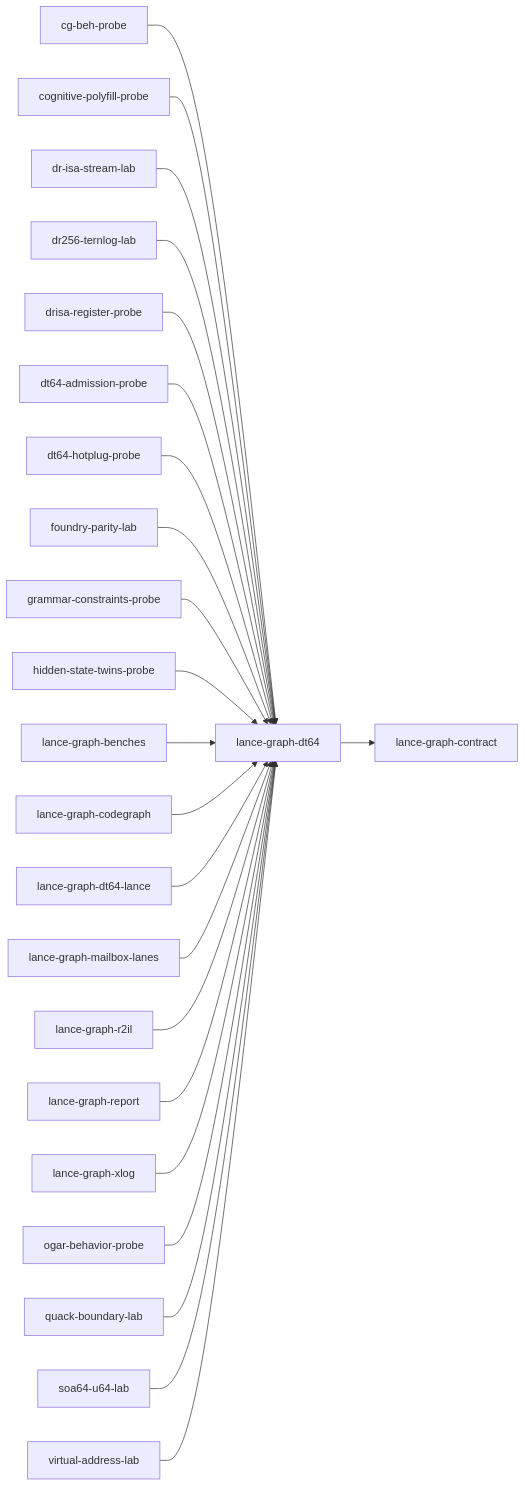
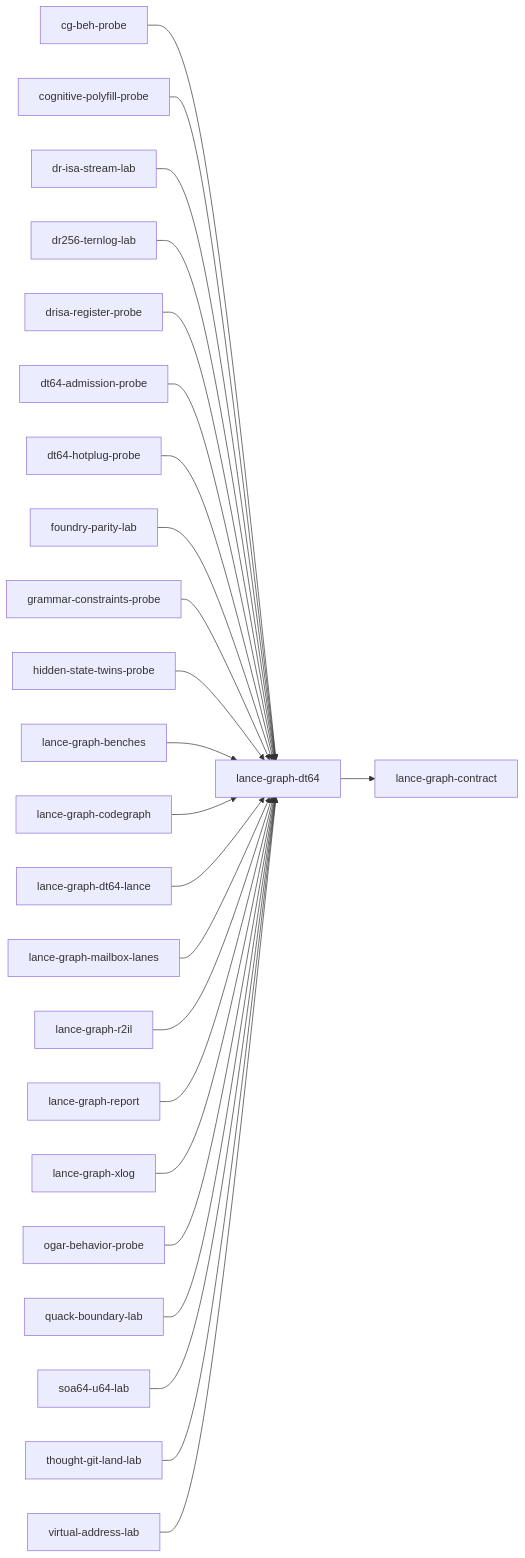
The diagram in .codegraph/crates/lance-graph-dt64.index.md (AdaWorldAPI/lance-graph), drawn with Mermaid before and after one commit. The commit also changed other lines of this file and 25 other files, not shown here.

First line of the commit message:
chore(thought-git-land-lab): CI job, status row, codegraph index

````diff
--- a/.codegraph/crates/lance-graph-dt64.index.md
+++ b/.codegraph/crates/lance-graph-dt64.index.md
@@ -279,48 +280,50 @@
 ```mermaid
 flowchart LR
   n4["cg-beh-probe"]
   n6["cognitive-polyfill-probe"]
   n13["dr-isa-stream-lab"]
   n15["dr256-ternlog-lab"]
   n17["drisa-register-probe"]
   n18["dt64-admission-probe"]
   n19["dt64-hotplug-probe"]
   n23["foundry-parity-lab"]
   n25["grammar-constraints-probe"]
   n27["hidden-state-twins-probe"]
   n38["lance-graph-benches"]
   n42["lance-graph-codegraph"]
   n45["lance-graph-contract"]
   n48["lance-graph-dt64"]
   n49["lance-graph-dt64-lance"]
   n53["lance-graph-mailbox-lanes"]
   n65["lance-graph-r2il"]
   n68["lance-graph-report"]
   n73["lance-graph-xlog"]
   n77["ogar-behavior-probe"]
   n82["quack-boundary-lab"]
   n90["soa64-u64-lab"]
-  n98["virtual-address-lab"]
+  n96["thought-git-land-lab"]
+  n99["virtual-address-lab"]
   n4 --> n48
   n6 --> n48
   n13 --> n48
   n15 --> n48
   n17 --> n48
   n18 --> n48
   n19 --> n48
   n23 --> n48
   n25 --> n48
   n27 --> n48
   n38 --> n48
   n42 --> n48
   n48 --> n45
   n49 --> n48
   n53 --> n48
   n65 --> n48
   n68 --> n48
   n73 --> n48
   n77 --> n48
   n82 --> n48
   n90 --> n48
-  n98 --> n48
+  n96 --> n48
+  n99 --> n48
 ```
````
